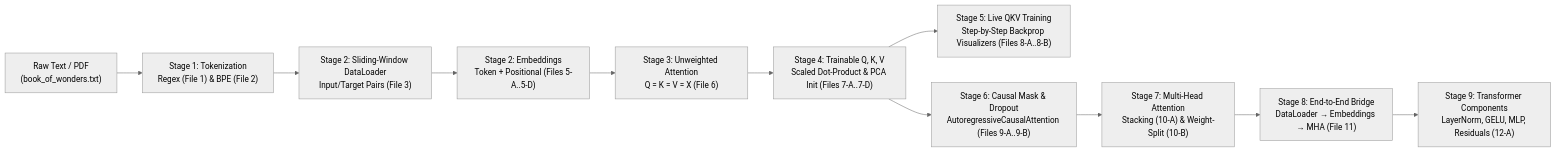
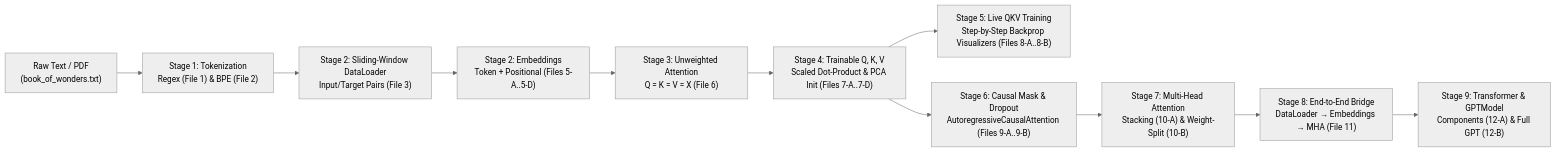
Before and after one commit to a-ramakrishnan/tokenize_to_Q_K_V: the diagram in README.md, drawn with Mermaid (neutral theme). The commit also changed other lines of this file and 1 other file, not shown here.

Commit message:
Add File 12-B: Full TransformerBlock, GPTModel, and greedy next-token generation

````diff
--- a/README.md
+++ b/README.md
@@ -25,13 +25,13 @@
 ```mermaid
 flowchart LR
     A["Raw Text / PDF<br/>(book_of_wonders.txt)"] --> B["Stage 1: Tokenization<br/>Regex (File 1) & BPE (File 2)"]
     B --> C["Stage 2: Sliding-Window DataLoader<br/>Input/Target Pairs (File 3)"]
     C --> D["Stage 2: Embeddings<br/>Token + Positional (Files 5-A..5-D)"]
     D --> E["Stage 3: Unweighted Attention<br/>Q = K = V = X (File 6)"]
     E --> F["Stage 4: Trainable Q, K, V<br/>Scaled Dot-Product & PCA Init (Files 7-A..7-D)"]
     F --> G["Stage 5: Live QKV Training<br/>Step-by-Step Backprop Visualizers (Files 8-A..8-B)"]
     F --> H["Stage 6: Causal Mask & Dropout<br/>AutoregressiveCausalAttention (Files 9-A..9-B)"]
     H --> I["Stage 7: Multi-Head Attention<br/>Stacking (10-A) & Weight-Split (10-B)"]
     I --> J["Stage 8: End-to-End Bridge<br/>DataLoader → Embeddings → MHA (File 11)"]
-    J --> K["Stage 9: Transformer Components<br/>LayerNorm, GELU, MLP, Residuals (12-A)"]
+    J --> K["Stage 9: Transformer & GPTModel<br/>Components (12-A) & Full GPT (12-B)"]
 ```
````
